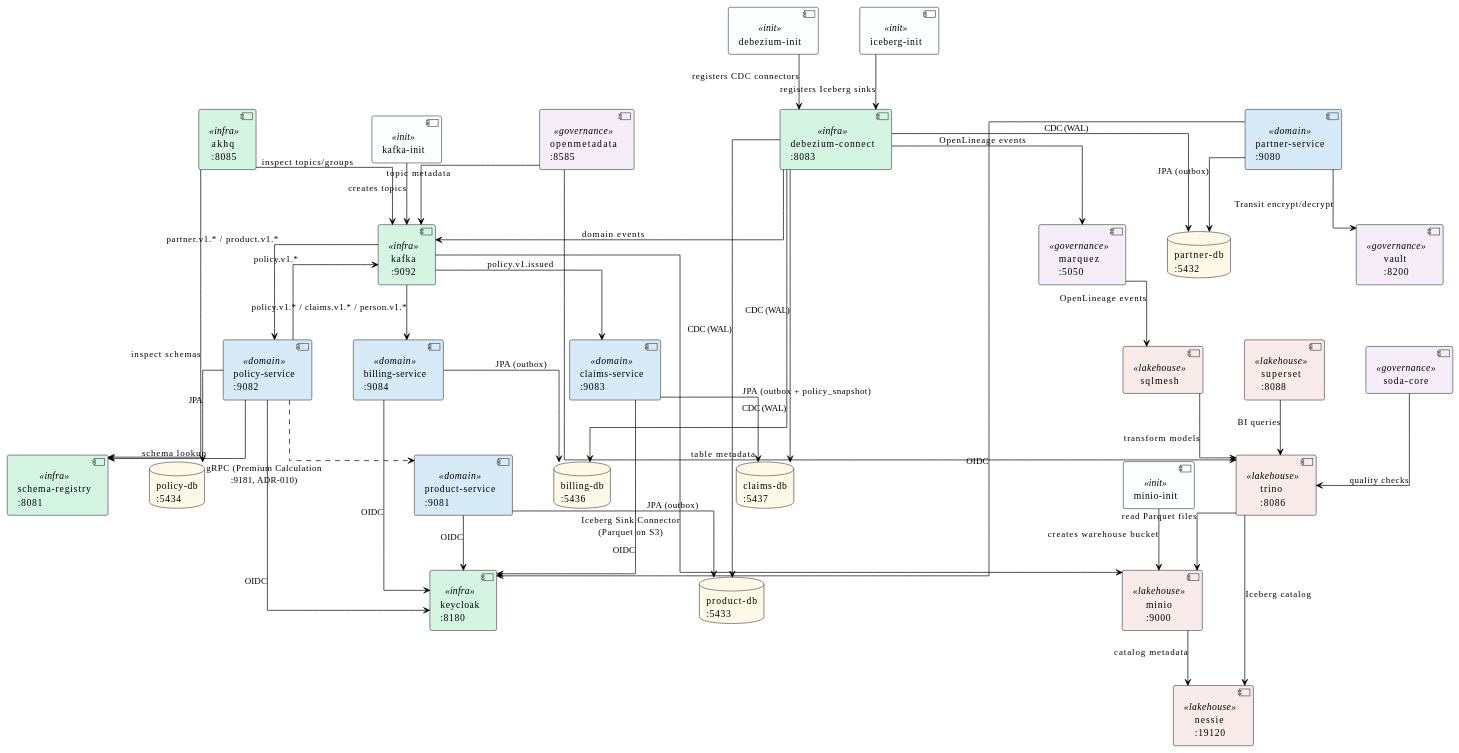
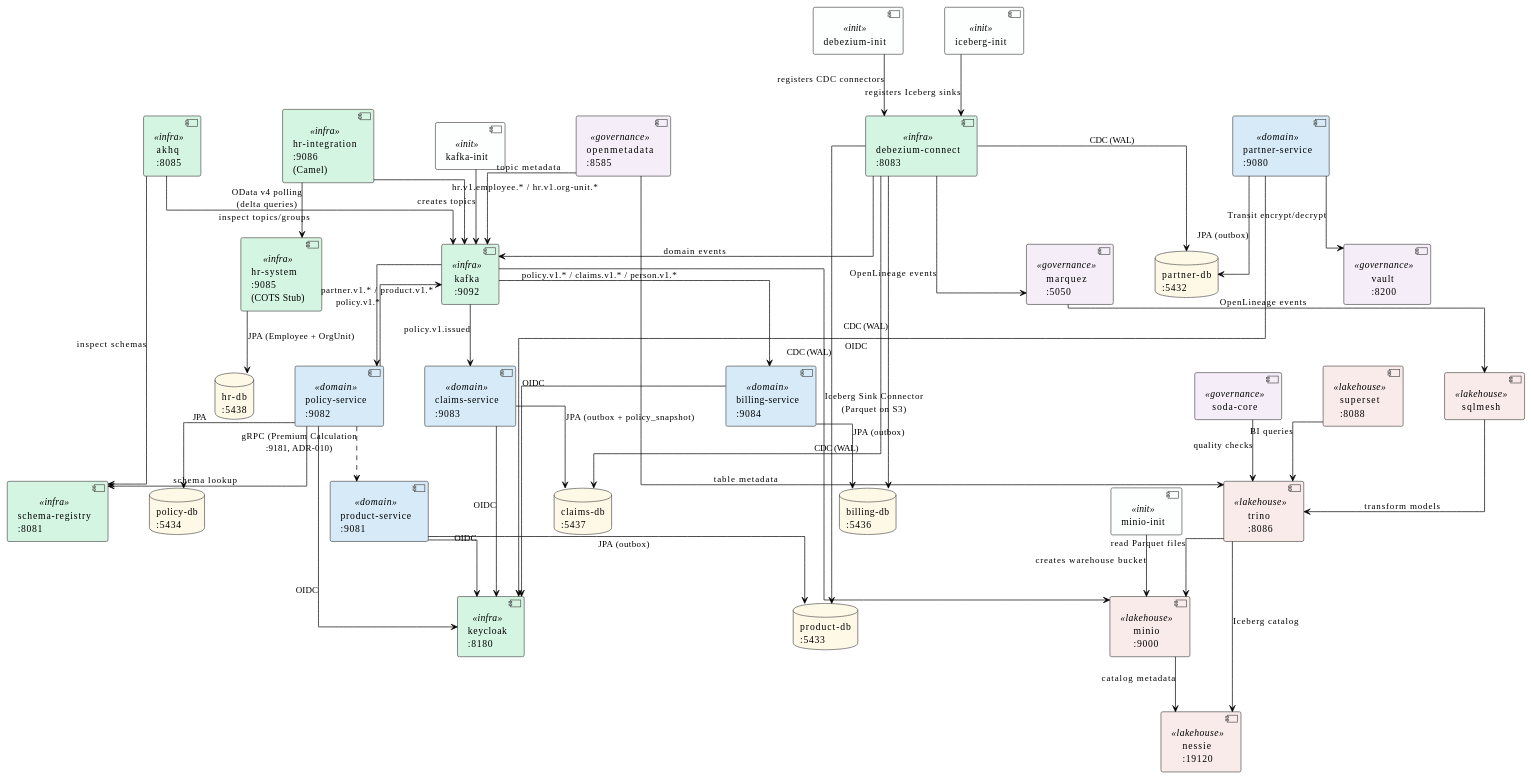
Before and after one commit to LukasW/datamesh: the diagram in docs/services-overview.md, drawn with PlantUML. The commit also changed other lines of this file and 93 other files, not shown here.

```diff
--- a/docs/services-overview.md
+++ b/docs/services-overview.md
@@ -125,6 +138,7 @@
 database "policy-db\n:5434"   as POLDB
 database "claims-db\n:5437"   as CLMDB
 database "billing-db\n:5436"  as BILDB
+database "hr-db\n:5438"       as HRDB
 
 ' ── Domain Services ───────────────────────────────────────────────────
 component "partner-service\n:9080" <<domain>> as PS
@@ -132,6 +146,10 @@
 component "policy-service\n:9082"  <<domain>> as POLS
 component "claims-service\n:9083"  <<domain>> as CLMS
 component "billing-service\n:9084" <<domain>> as BILS
+
+' ── External Systems & Integration ───────────────────────────────────
+component "hr-system\n:9085\n(COTS Stub)" <<infra>> as HRS
+component "hr-integration\n:9086\n(Camel)" <<infra>> as HRI
 
 ' ── Lakehouse Foundation ─────────────────────────────────────────────
 component "minio\n:9000"          <<lakehouse>> as MINIO
@@ -158,6 +176,7 @@
 POLS --> POLDB : JPA
 CLMS --> CLMDB : JPA (outbox + policy_snapshot)
 BILS --> BILDB : JPA (outbox)
+HRS  --> HRDB  : JPA (Employee + OrgUnit)
 
 ' ── Domain → Keycloak (OIDC) ─────────────────────────────────────────
 PS   --> KC : OIDC
@@ -183,6 +202,10 @@
 KAFKA --> POLS : partner.v1.* / product.v1.*
 KAFKA --> CLMS : policy.v1.issued
 KAFKA --> BILS : policy.v1.* / claims.v1.* / person.v1.*
+
+' ── HR Integration: OData → Camel → Kafka ──────────────────────
+HRI --> HRS   : OData v4 polling\n(delta queries)
+HRI --> KAFKA : hr.v1.employee.* / hr.v1.org-unit.*
 
 ' ── gRPC: Policy → Product (Premium Calculation, ADR-010) ──────
 POLS ..> PRS : gRPC (Premium Calculation\n:9181, ADR-010)
```
